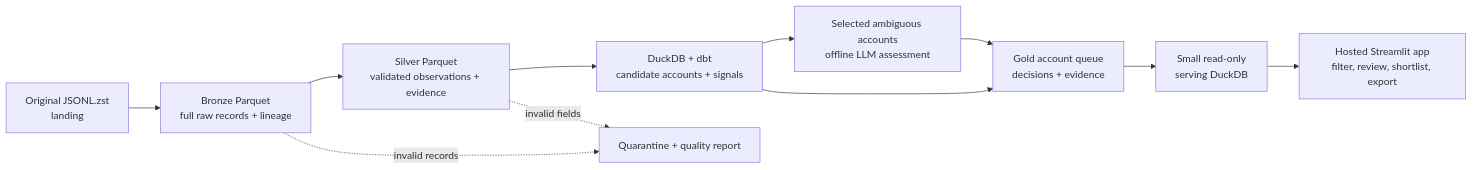
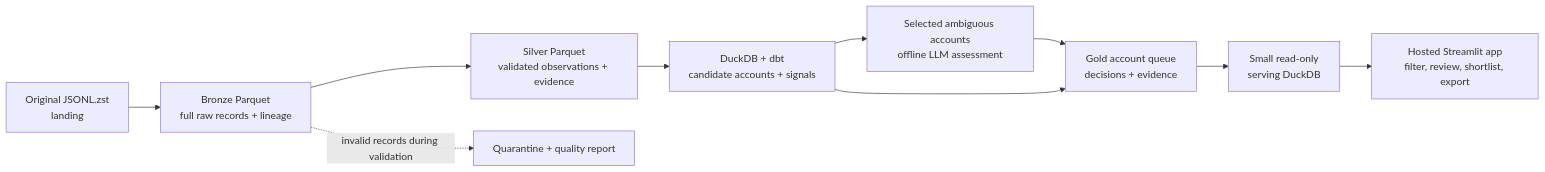
Before and after one commit to ronyabrah18/welook: the diagram in docs/architecture.md, drawn with Mermaid. The commit also changed other lines of this file and 8 other files, not shown here.

````diff
--- a/docs/architecture.md
+++ b/docs/architecture.md
@@ -15,13 +15,12 @@
 ```mermaid
 flowchart LR
   L[Original JSONL.zst<br/>landing] --> B[Bronze Parquet<br/>full raw records + lineage]
   B --> S[Silver Parquet<br/>validated observations + evidence]
   S --> G[DuckDB + dbt<br/>candidate accounts + signals]
   G --> A[Selected ambiguous accounts<br/>offline LLM assessment]
   A --> H[Gold account queue<br/>decisions + evidence]
   G --> H
   H --> D[Small read-only<br/>serving DuckDB]
   D --> U[Hosted Streamlit app<br/>filter, review, shortlist, export]
-  B -. invalid records .-> Q[Quarantine + quality report]
-  S -. invalid fields .-> Q
+  B -. invalid records during validation .-> Q[Quarantine + quality report]
 ```
````
